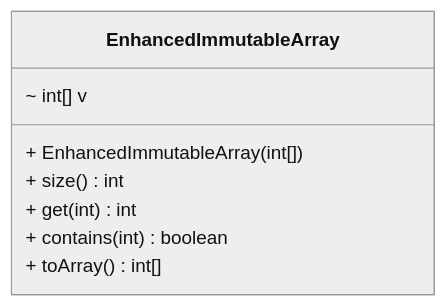
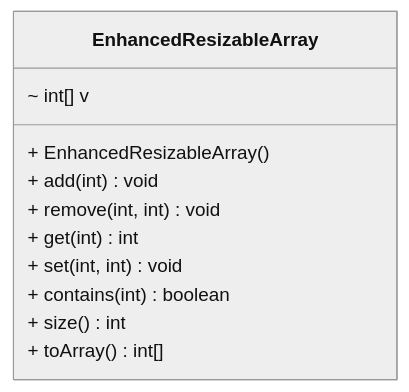
Before and after one commit to nbicocchi/learn-java-core: the seventh of 14 diagrams in src/main/java/com/nbicocchi/exercises/oop/README.md, drawn with Mermaid (neutral theme). The commit also changed other lines of this file and 4 other files, not shown here.

````diff
--- a/src/main/java/com/nbicocchi/exercises/oop/README.md
+++ b/src/main/java/com/nbicocchi/exercises/oop/README.md
@@ -199,12 +200,15 @@
 ```mermaid
 classDiagram
 direction BT
-class EnhancedImmutableArray {
+class EnhancedResizableArray {
   ~ int[] v
-  + EnhancedImmutableArray(int[]) 
+  + EnhancedResizableArray() 
+  + add(int) void
+  + remove(int, int) void
+  + get(int) int
+  + set(int, int) void
+  + contains(int) boolean
   + size() int
-  + get(int) int
-  + contains(int) boolean
   + toArray() int[]
 }
 ```
````
